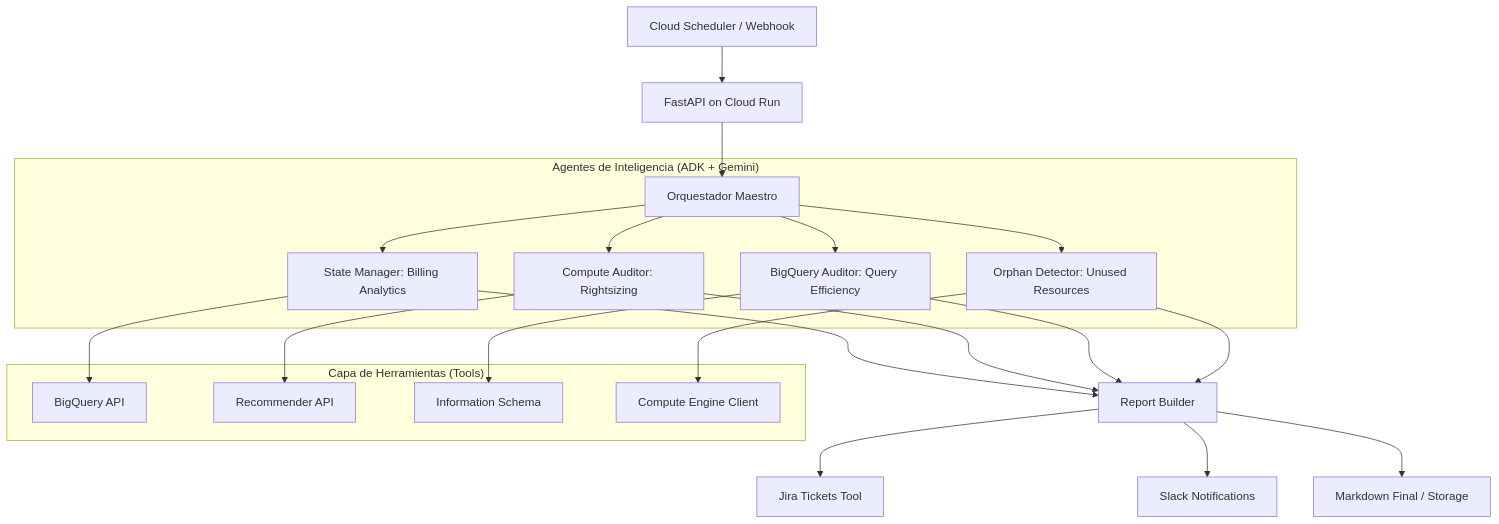
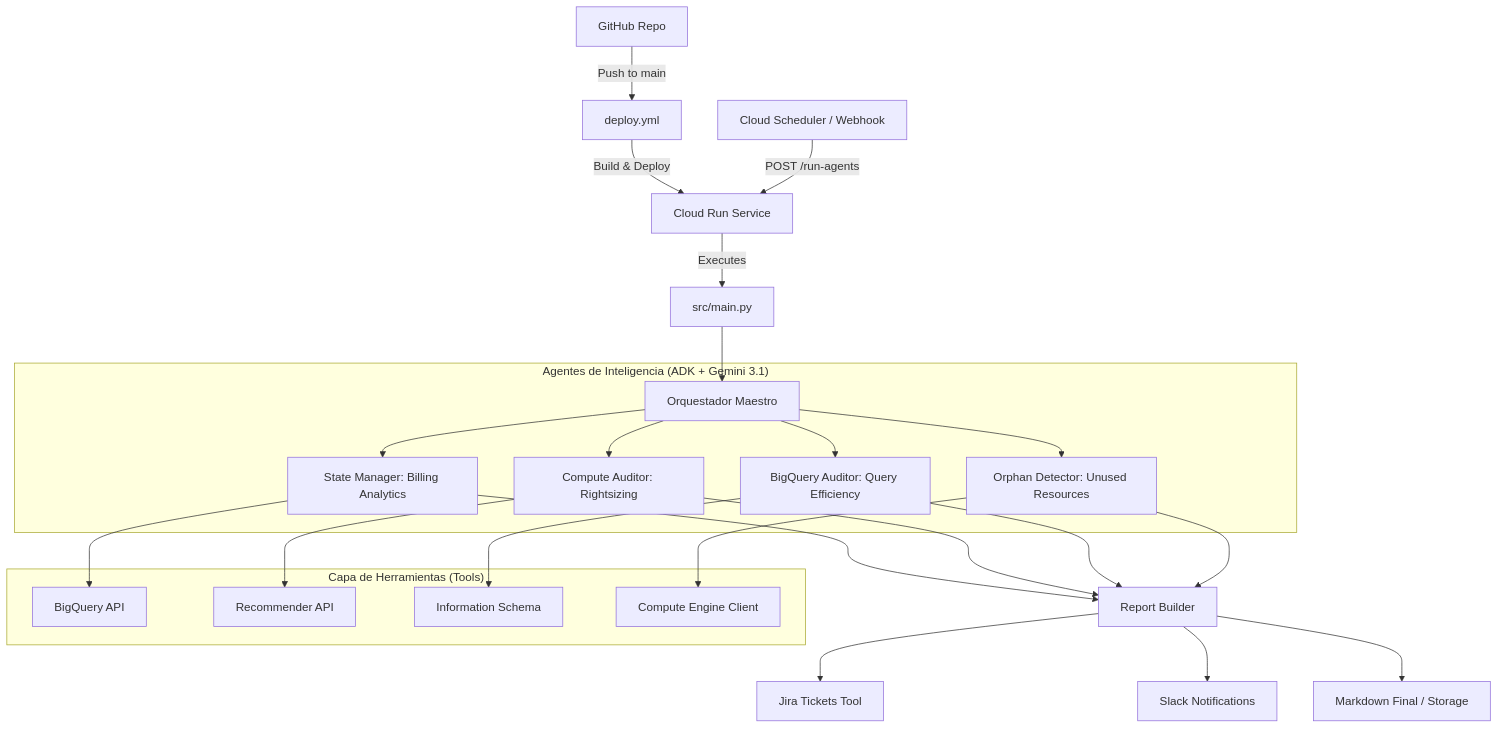
Before and after one commit to marcoantoniomejia/finops-agents: the diagram in ECOSYSTEM_ARCH_GUIDE.md, drawn with Mermaid. The commit also changed other lines of this file and 15 other files, not shown here.

````diff
--- a/ECOSYSTEM_ARCH_GUIDE.md
+++ b/ECOSYSTEM_ARCH_GUIDE.md
@@ -9,24 +15,27 @@
 ```mermaid
 graph TD
-    Trigger[Cloud Scheduler / Webhook] --> API[FastAPI on Cloud Run]
-    API --> Orchestrator[Orquestador Maestro]
+    Repo[GitHub Repo] -->|Push to main| Workflow[deploy.yml]
+    Workflow -->|Build & Deploy| CloudRun[Cloud Run Service]
+    Trigger[Cloud Scheduler / Webhook] -->|POST /run-agents| CloudRun
+    CloudRun -->|Executes| Main[src/main.py]
+    Main --> Orchestrator[Orquestador Maestro]
     
-    subgraph "Agentes de Inteligencia (ADK + Gemini)"
+    subgraph "Agentes de Inteligencia (ADK + Gemini 3.1)"
         Orchestrator --> Agent1[State Manager: Billing Analytics]
         Orchestrator --> Agent2[Compute Auditor: Rightsizing]
         Orchestrator --> Agent3[BigQuery Auditor: Query Efficiency]
         Orchestrator --> Agent4[Orphan Detector: Unused Resources]
     end
     
     subgraph "Capa de Herramientas (Tools)"
         Agent1 --> BQ[BigQuery API]
         Agent2 --> Rec[Recommender API]
         Agent3 --> IS[Information Schema]
         Agent4 --> Asset[Compute Engine Client]
     end
     
     Agent1 & Agent2 & Agent3 & Agent4 --> Builder[Report Builder]
     Builder --> Jira[Jira Tickets Tool]
     Builder --> Slack[Slack Notifications]
     Builder --> FinalReport[Markdown Final / Storage]
 ```
````
